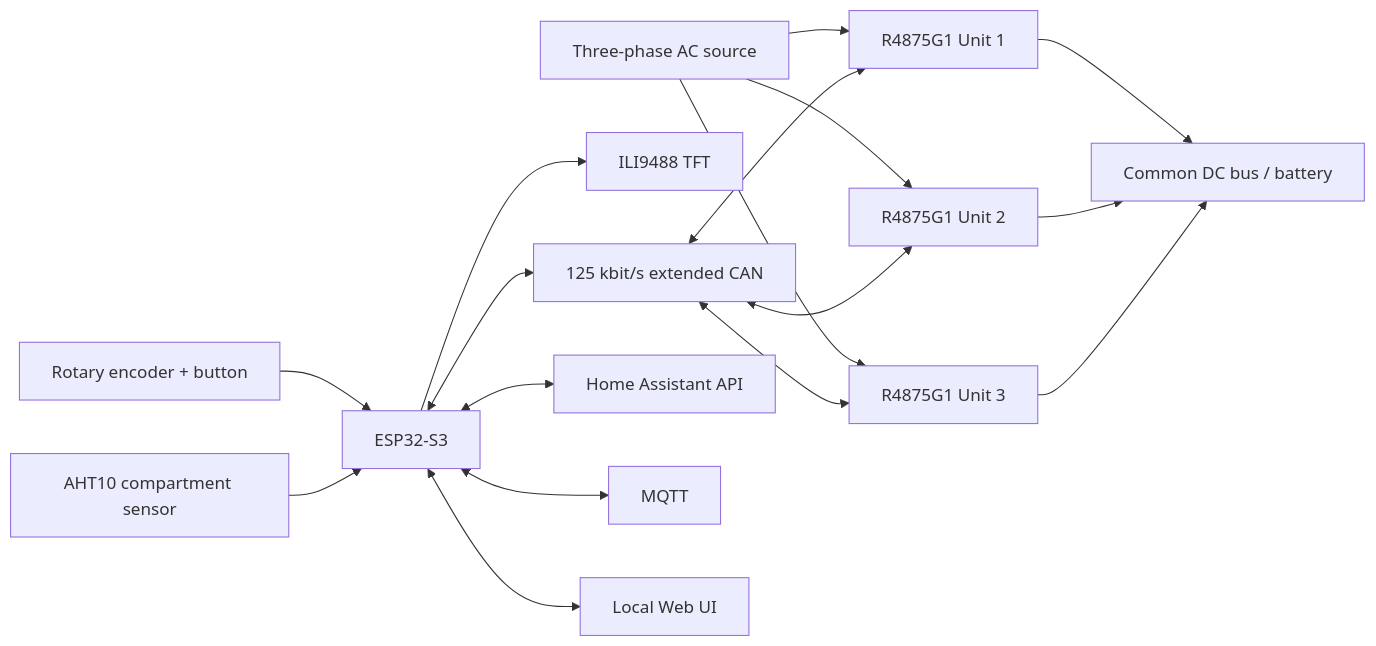
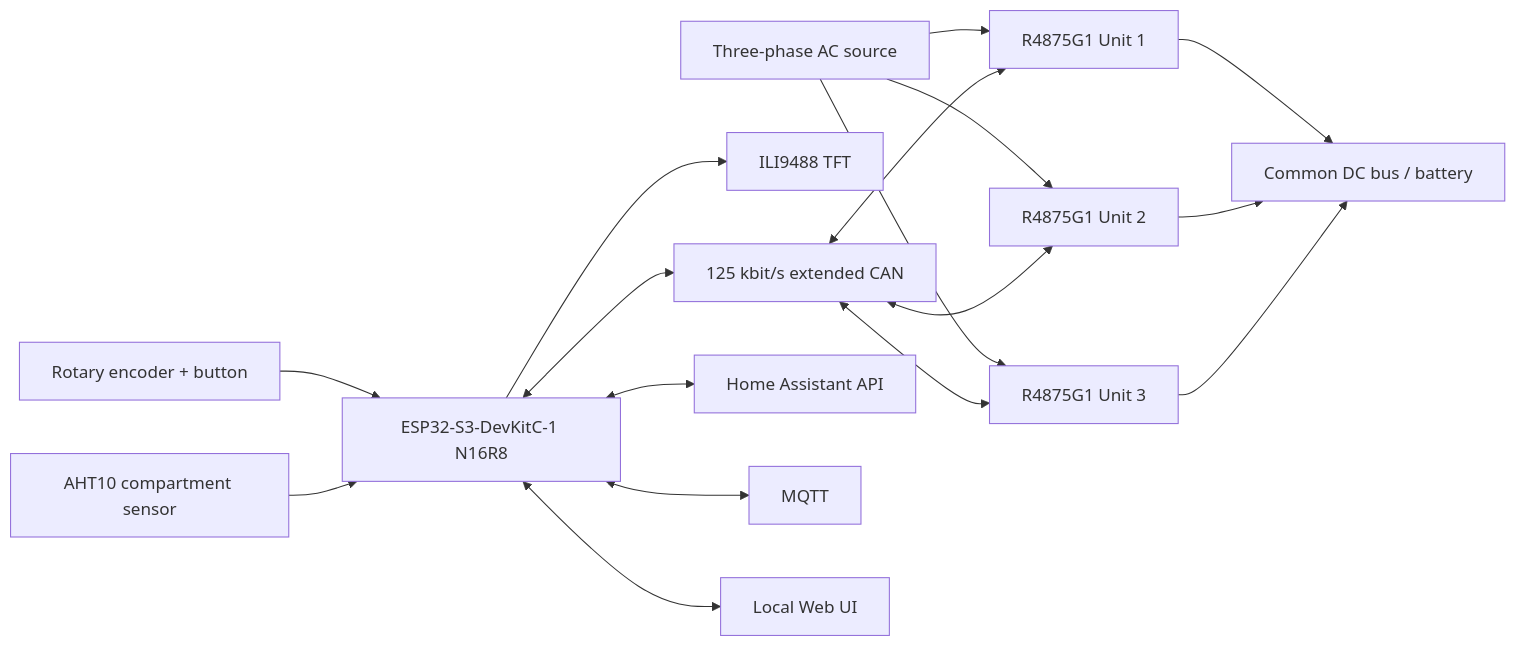
One commit to anwa/esphome-r4875g1-3phase-charger changed the first of 21 diagrams in R4875G1_CONTROL_FLOWS.md. Above: the diagram before and after it, drawn with Mermaid. The commit also changed other lines of this file and 3 other files, not shown here.

First line of the commit message:
Update controller hardware to ESP32-S3-DevKitC-1

````diff
--- a/R4875G1_CONTROL_FLOWS.md
+++ b/R4875G1_CONTROL_FLOWS.md
@@ -43,23 +43,23 @@
 ```mermaid
 flowchart LR
     AC[Three-phase AC source] --> U1[R4875G1 Unit 1]
     AC --> U2[R4875G1 Unit 2]
     AC --> U3[R4875G1 Unit 3]
 
     U1 --> DCBUS[Common DC bus / battery]
     U2 --> DCBUS
     U3 --> DCBUS
 
-    ENC[Rotary encoder + button] --> ESP[ESP32-S3]
+    ENC[Rotary encoder + button] --> ESP[ESP32-S3-DevKitC-1 N16R8]
     AHT[AHT10 compartment sensor] --> ESP
     ESP --> TFT[ILI9488 TFT]
 
     ESP <--> CAN[125 kbit/s extended CAN]
     CAN <--> U1
     CAN <--> U2
     CAN <--> U3
 
     ESP <--> HA[Home Assistant API]
     ESP <--> MQTT[MQTT]
     ESP <--> WEB[Local Web UI]
 ```
````
